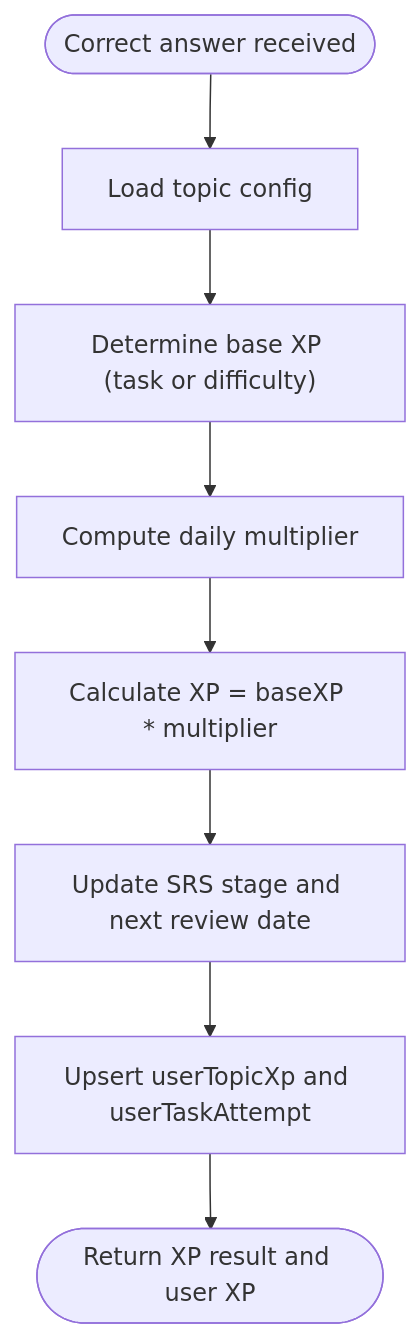
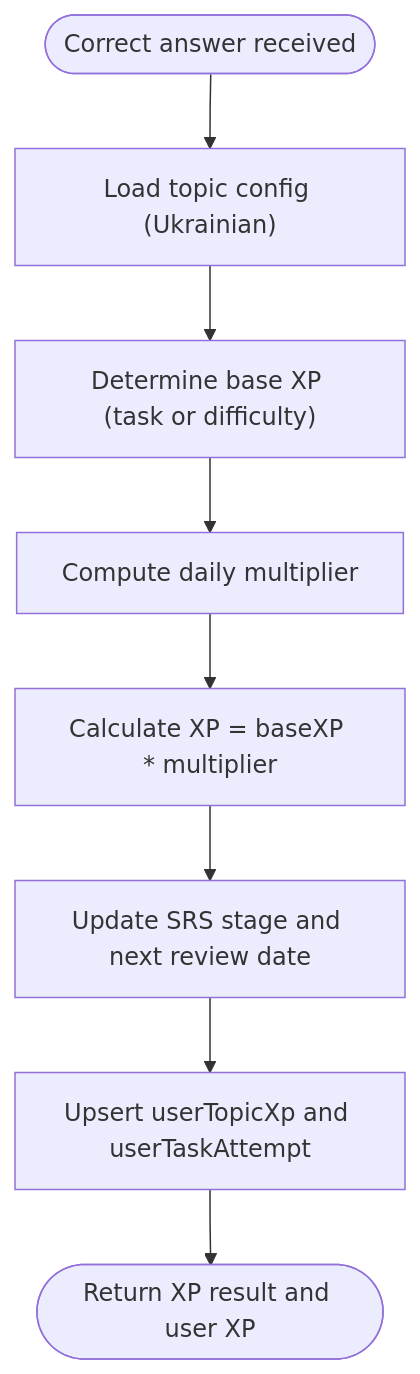
One commit to AlexKutz/math-app-next-js changed the eighth of 10 diagrams in .qoder/repowiki/en/content/Core Features/Learning Interface/Learning Interface.md. Above: the diagram before and after it, drawn with Mermaid. The commit also changed other lines of this file and 9 other files, not shown here.

````diff
--- a/.qoder/repowiki/en/content/Core Features/Learning Interface/Learning Interface.md
+++ b/.qoder/repowiki/en/content/Core Features/Learning Interface/Learning Interface.md
@@ -305,10 +416,10 @@
 ```mermaid
 flowchart TD
-Start(["Correct answer received"]) --> Config["Load topic config"]
+Start(["Correct answer received"]) --> Config["Load topic config (Ukrainian)"]
 Config --> BaseXP["Determine base XP (task or difficulty)"]
 BaseXP --> DailyMult["Compute daily multiplier"]
 DailyMult --> XP["Calculate XP = baseXP * multiplier"]
 XP --> SRS["Update SRS stage and next review date"]
 SRS --> Persist["Upsert userTopicXp and userTaskAttempt"]
 Persist --> Done(["Return XP result and user XP"])
 ```
````
